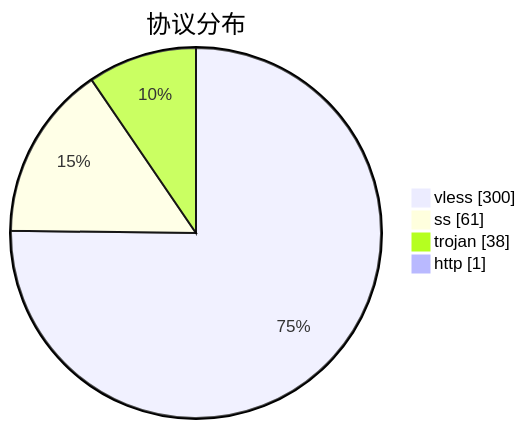
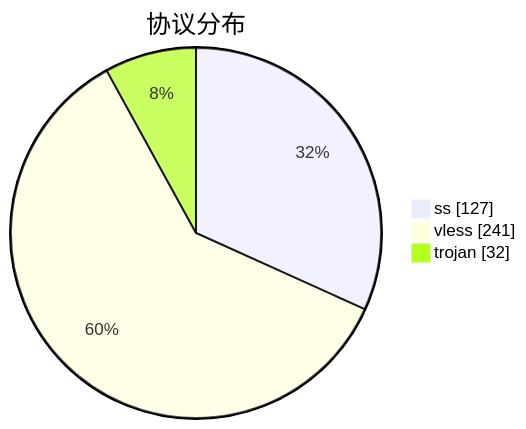
Before and after one commit to qjlxg/airport: the third of 3 diagrams in subs/statistics/tested_within.md, drawn with Mermaid. The commit also changed other lines of this file and 2 other files, not shown here.

````diff
--- a/subs/statistics/tested_within.md
+++ b/subs/statistics/tested_within.md
@@ -18,8 +18,7 @@
 ```mermaid
 pie showData
 title 协议分布
-"vless" : 300
-"ss" : 61
-"trojan" : 38
-"http" : 1
+"ss" : 127
+"vless" : 241
+"trojan" : 32
 ```
````
